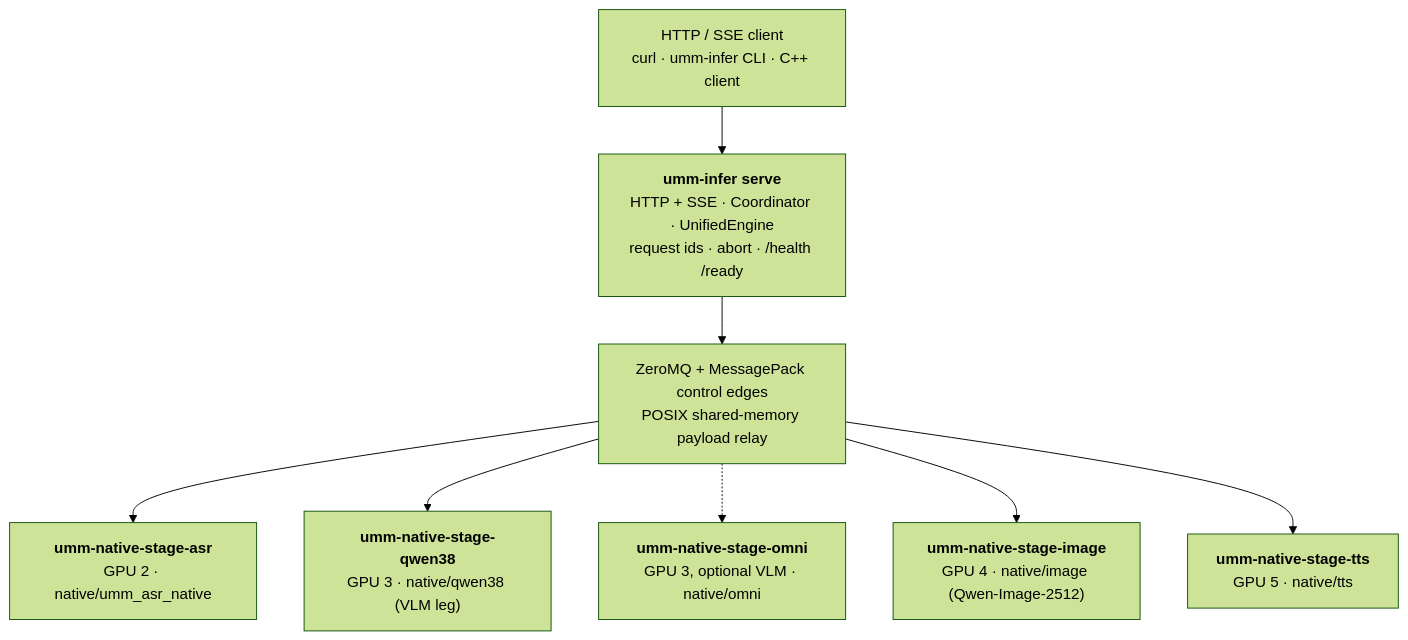
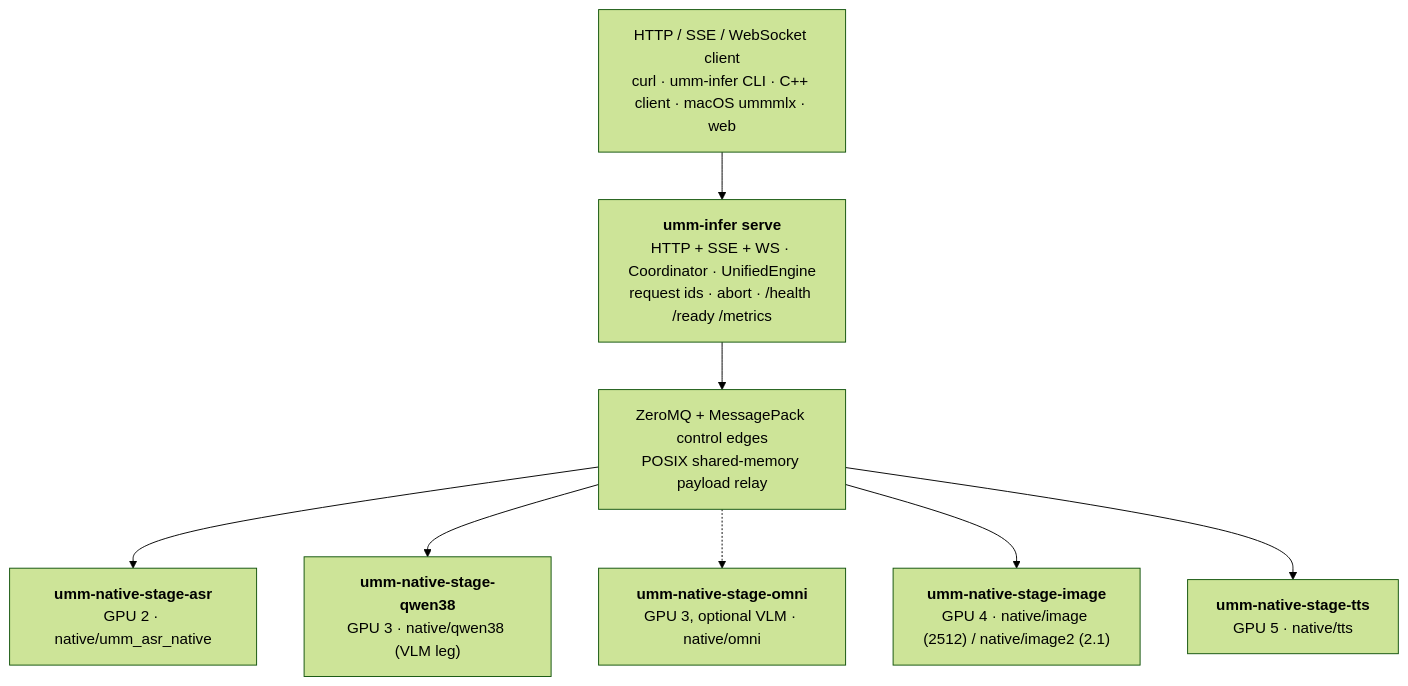
Before and after one commit to thinkseek/ummInfer: the diagram in README.md, drawn with Mermaid (forest theme). The commit also changed other lines of this file and 10 other files, not shown here.

Commit message:
docs: consolidate architecture doc, sync docs with speech route, and add model support matrix

````diff
--- a/README.md
+++ b/README.md
@@ -11,20 +12,20 @@
 ```mermaid
 flowchart TB
-  CLIENT["HTTP / SSE client<br/>curl · umm-infer CLI · C++ client"]
-  SERVER["<b>umm-infer serve</b><br/>HTTP + SSE · Coordinator · UnifiedEngine<br/>request ids · abort · /health /ready"]
+  CLIENT["HTTP / SSE / WebSocket client<br/>curl · umm-infer CLI · C++ client · macOS ummmlx · web"]
+  SERVER["<b>umm-infer serve</b><br/>HTTP + SSE + WS · Coordinator · UnifiedEngine<br/>request ids · abort · /health /ready /metrics"]
   ZMQ["ZeroMQ + MessagePack control edges<br/>POSIX shared-memory payload relay"]
 
   ASRG["<b>umm-native-stage-asr</b><br/>GPU 2 · native/umm_asr_native"]
   VLM["<b>umm-native-stage-qwen38</b><br/>GPU 3 · native/qwen38 (VLM leg)"]
   OMNI["<b>umm-native-stage-omni</b><br/>GPU 3, optional VLM · native/omni"]
-  IMGG["<b>umm-native-stage-image</b><br/>GPU 4 · native/image (Qwen-Image-2512)"]
+  IMGG["<b>umm-native-stage-image</b><br/>GPU 4 · native/image (2512) / native/image2 (2.1)"]
   TTSG["<b>umm-native-stage-tts</b><br/>GPU 5 · native/tts"]
 
   CLIENT --> SERVER
   SERVER --> ZMQ
   ZMQ --> ASRG
   ZMQ --> VLM
   ZMQ -.-> OMNI
   ZMQ --> IMGG
   ZMQ --> TTSG
 ```
````
